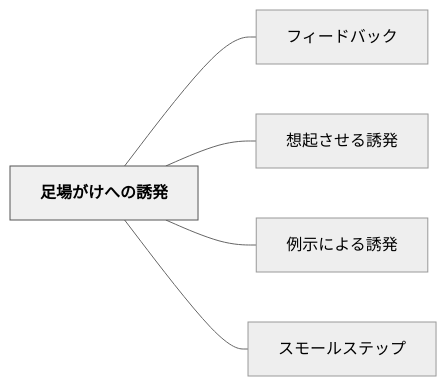
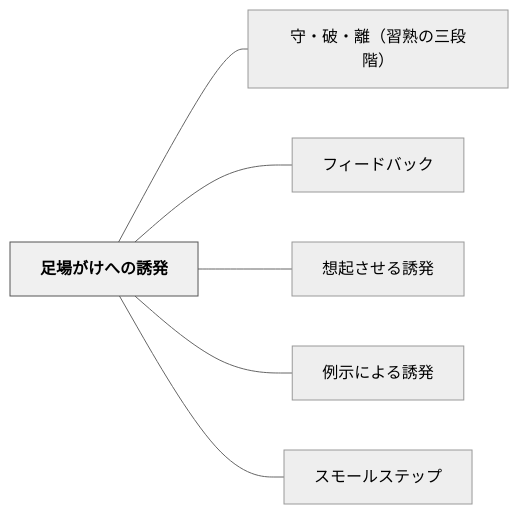
Before and after one commit to unknownthings-ed-patterns/unknownthings-ed-patterns: the diagram in content/パタン/足場がけへの誘発.md, drawn with Mermaid (neutral theme). The commit also changed other lines of this file and 473 other files, not shown here.

````diff
--- a/content/パタン/足場がけへの誘発.md
+++ b/content/パタン/足場がけへの誘発.md
@@ -65,16 +66,18 @@
 ```mermaid
 flowchart LR
     ne8b6b3e5a0b4["足場がけへの誘発"]
+    ne5ae88e383bb["守・破・離（習熟の三段階）"]
     ne38395e382a3["フィードバック"]
     ne683b3e8b5b7["想起させる誘発"]
     ne4be8be7a4ba["例示による誘発"]
     ne382b9e383a2["スモールステップ"]
 
+    ne8b6b3e5a0b4 --- ne5ae88e383bb
     ne8b6b3e5a0b4 --- ne38395e382a3
     ne8b6b3e5a0b4 --- ne683b3e8b5b7
     ne8b6b3e5a0b4 --- ne4be8be7a4ba
     ne8b6b3e5a0b4 --- ne382b9e383a2
 
     classDef hub fill:#f0f0f0,stroke:#555,color:#000,font-weight:bold
     class ne8b6b3e5a0b4 hub
 ```
````
